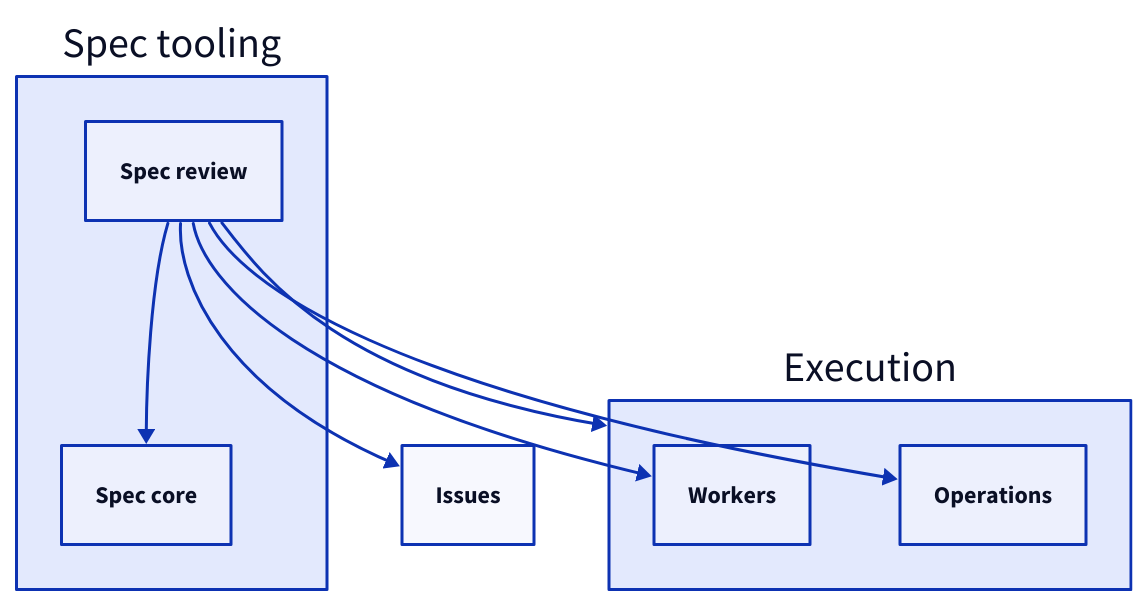
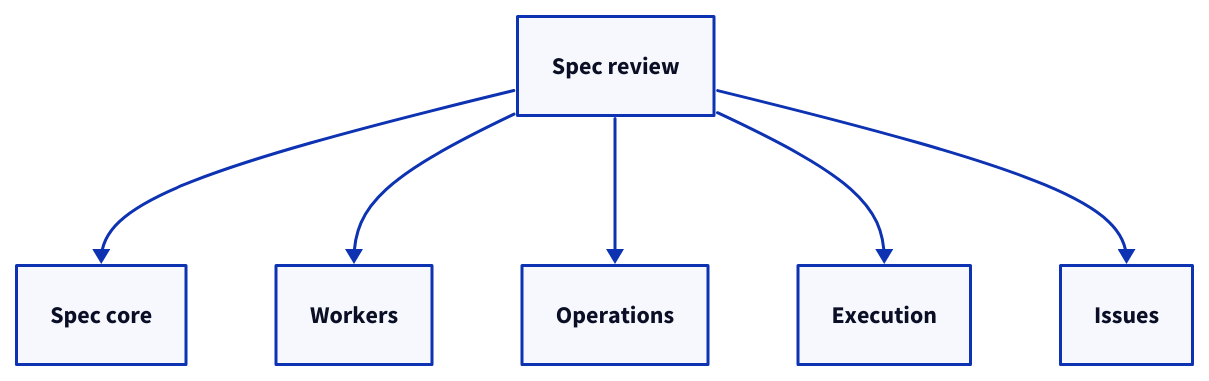
The fifth of 5 diagrams in specs/concorde/method/spec-review/module.md (FTOD/concorde), drawn with D2 before and after one commit. The commit also changed other lines of this file and 109 other files, not shown here.

````diff
--- a/specs/concorde/method/spec-review/module.md
+++ b/specs/concorde/method/spec-review/module.md
@@ -351,16 +359,13 @@
 ```d2
-tooling: Spec tooling {
-  review: Spec review
-  core: Spec core
-  review -> core
-}
-execution: Execution {
-  workers: Workers
-  operations: Operations
-}
+review: Spec review
+spec: Spec core
+workers: Workers
+operations: Operations
+execution: Execution
 issues: Issues
-tooling.review -> execution.workers
-tooling.review -> execution.operations
-tooling.review -> execution
-tooling.review -> issues
+review -> spec
+review -> workers
+review -> operations
+review -> execution
+review -> issues
 ```
````
